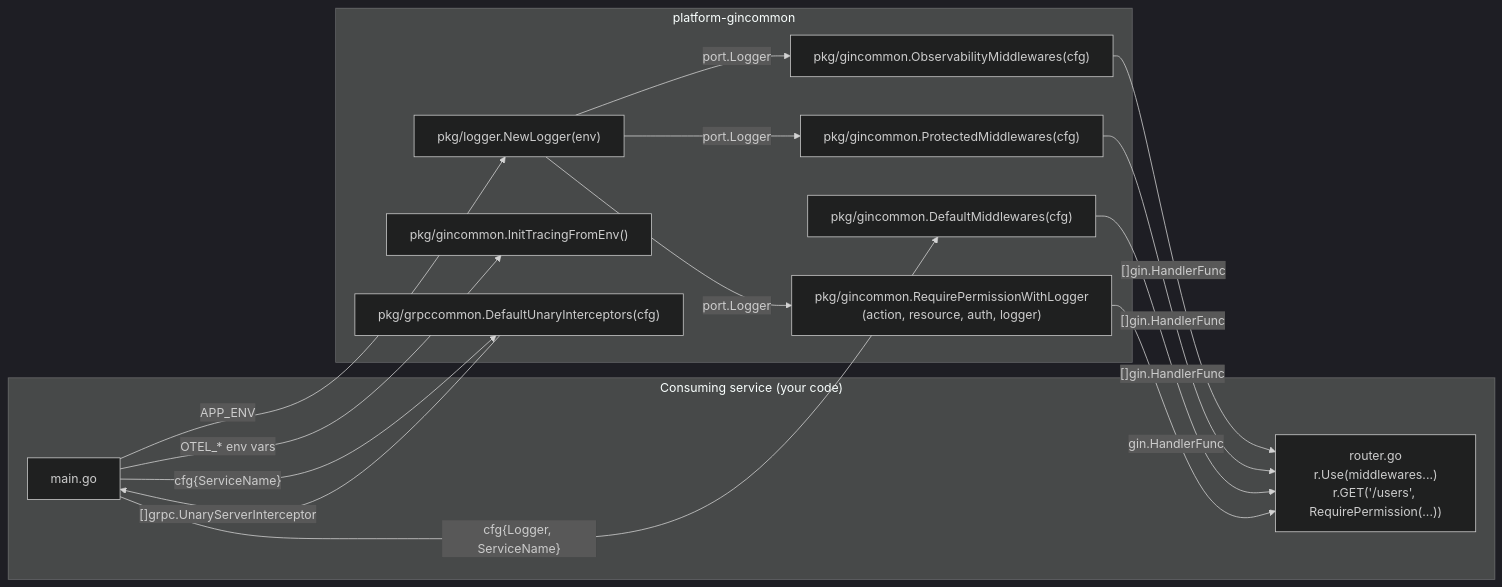
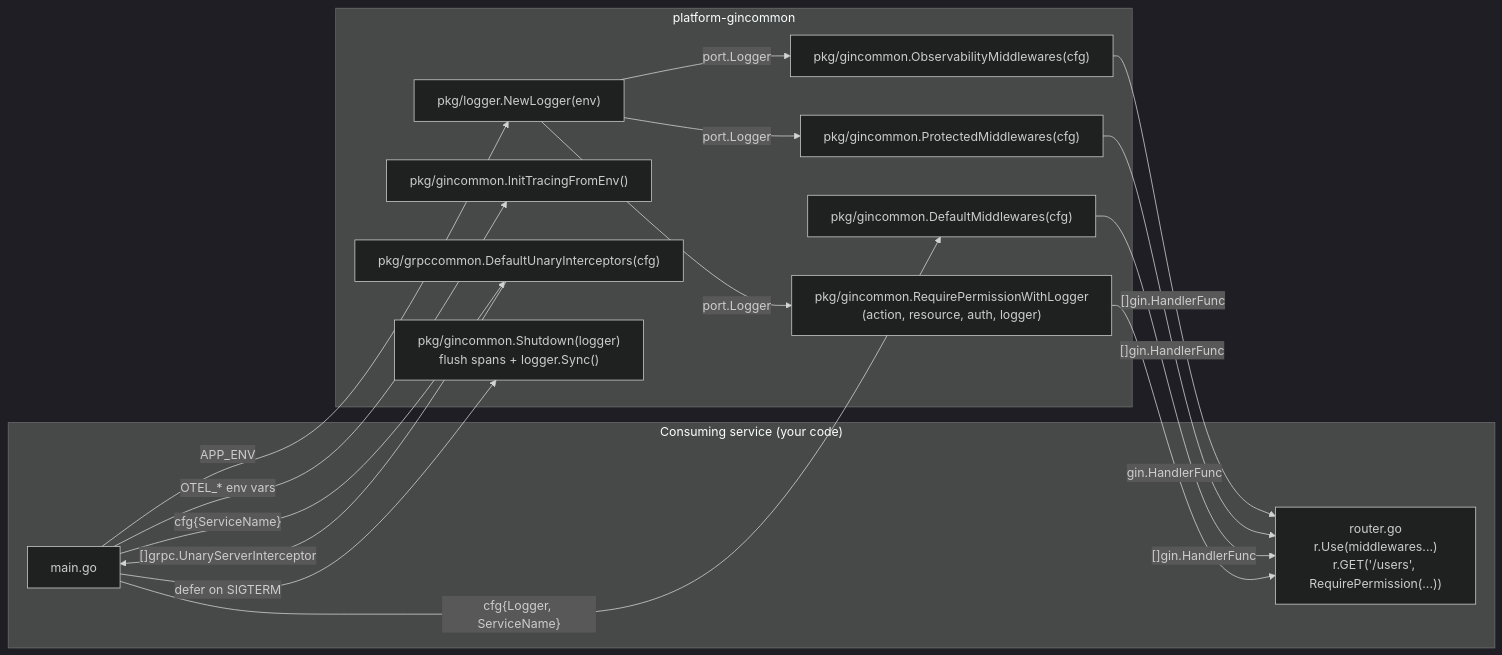
Before and after one commit to BCBP-SOLUTIONS-FZC-LLC/platform-gincommon: diagram 11 of 12 in ARCHITECTURE.md, drawn with Mermaid (dark theme). The commit also changed other lines of this file and 46 other files, not shown here.

````diff
--- a/ARCHITECTURE.md
+++ b/ARCHITECTURE.md
@@ -563,30 +575,32 @@
 ```mermaid
 graph LR
     subgraph service["Consuming service (your code)"]
         main["main.go"]
         routes["router.go<br/>r.Use(middlewares...)<br/>r.GET('/users', RequirePermission(...))"]
     end
 
     subgraph lib["platform-gincommon"]
         logger_new["pkg/logger.NewLogger(env)"]
         init_tr["pkg/gincommon.InitTracingFromEnv()"]
         obs_mw["pkg/gincommon.ObservabilityMiddlewares(cfg)"]
         prot_mw["pkg/gincommon.ProtectedMiddlewares(cfg)"]
         def_mw["pkg/gincommon.DefaultMiddlewares(cfg)"]
         rp["pkg/gincommon.RequirePermissionWithLogger<br/>(action, resource, auth, logger)"]
         grpc_mw["pkg/grpccommon.DefaultUnaryInterceptors(cfg)"]
+        shutdown["pkg/gincommon.Shutdown(logger)<br/>flush spans + logger.Sync()"]
     end
 
     main -->|"APP_ENV"| logger_new
     main -->|"OTEL_* env vars"| init_tr
     logger_new -->|"port.Logger"| obs_mw
     logger_new -->|"port.Logger"| prot_mw
     obs_mw -->|"[]gin.HandlerFunc"| routes
     prot_mw -->|"[]gin.HandlerFunc"| routes
     main -->|"cfg{Logger, ServiceName}"| def_mw
     def_mw -->|"[]gin.HandlerFunc"| routes
     logger_new -->|"port.Logger"| rp
     rp -->|"gin.HandlerFunc"| routes
     main -->|"cfg{ServiceName}"| grpc_mw
     grpc_mw -->|"[]grpc.UnaryServerInterceptor"| main
+    main -->|"defer on SIGTERM"| shutdown
 ```
````
